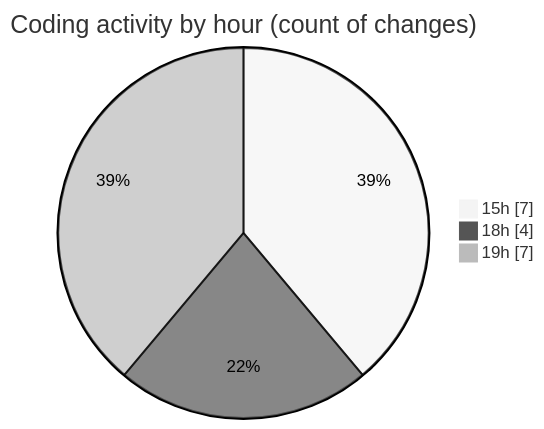
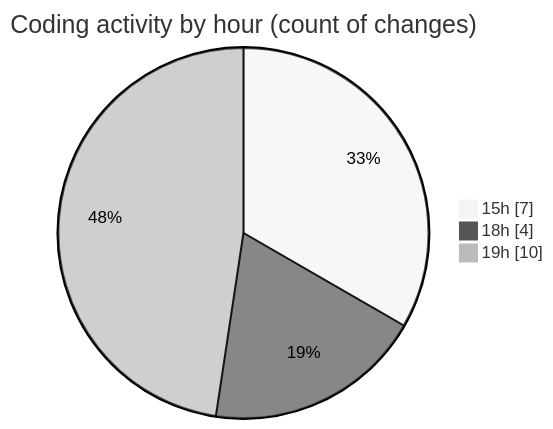
The second of 2 diagrams in 2025-02-08/maps_clone/README.md (donsfak/code-tracking), drawn with Mermaid (neutral theme) before and after one commit. The commit also changed other lines of this file and 1 other file, not shown here.

````diff
--- a/2025-02-08/maps_clone/README.md
+++ b/2025-02-08/maps_clone/README.md
@@ -30,7 +30,7 @@
 ```mermaid
 pie showData
 title Coding activity by hour (count of changes)
 "15h" : 7
 "18h" : 4
-"19h" : 7
+"19h" : 10
 ```
````
